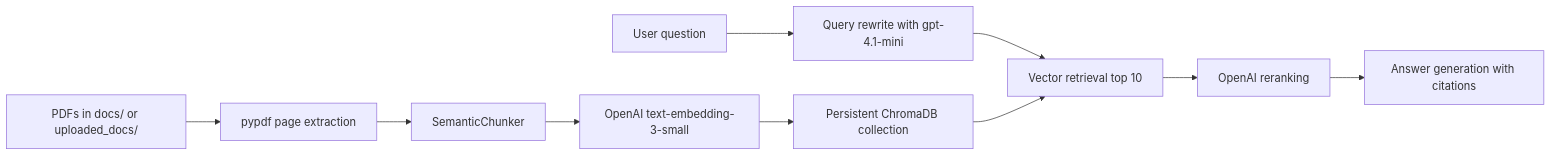
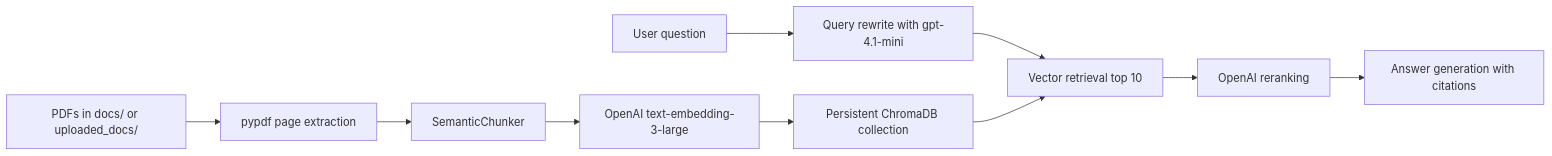
The diagram in README.md (rohankandra1998-pmtech/rag-knowledge-assistant), drawn with Mermaid before and after one commit. The commit also changed other lines of this file and 3 other files, not shown here.

````diff
--- a/README.md
+++ b/README.md
@@ -9,12 +9,12 @@
 ```mermaid
 flowchart LR
     A["PDFs in docs/ or uploaded_docs/"] --> B["pypdf page extraction"]
     B --> C["SemanticChunker"]
-    C --> D["OpenAI text-embedding-3-small"]
+    C --> D["OpenAI text-embedding-3-large"]
     D --> E["Persistent ChromaDB collection"]
     F["User question"] --> G["Query rewrite with gpt-4.1-mini"]
     G --> H["Vector retrieval top 10"]
     H --> I["OpenAI reranking"]
     I --> J["Answer generation with citations"]
     E --> H
 ```
````
